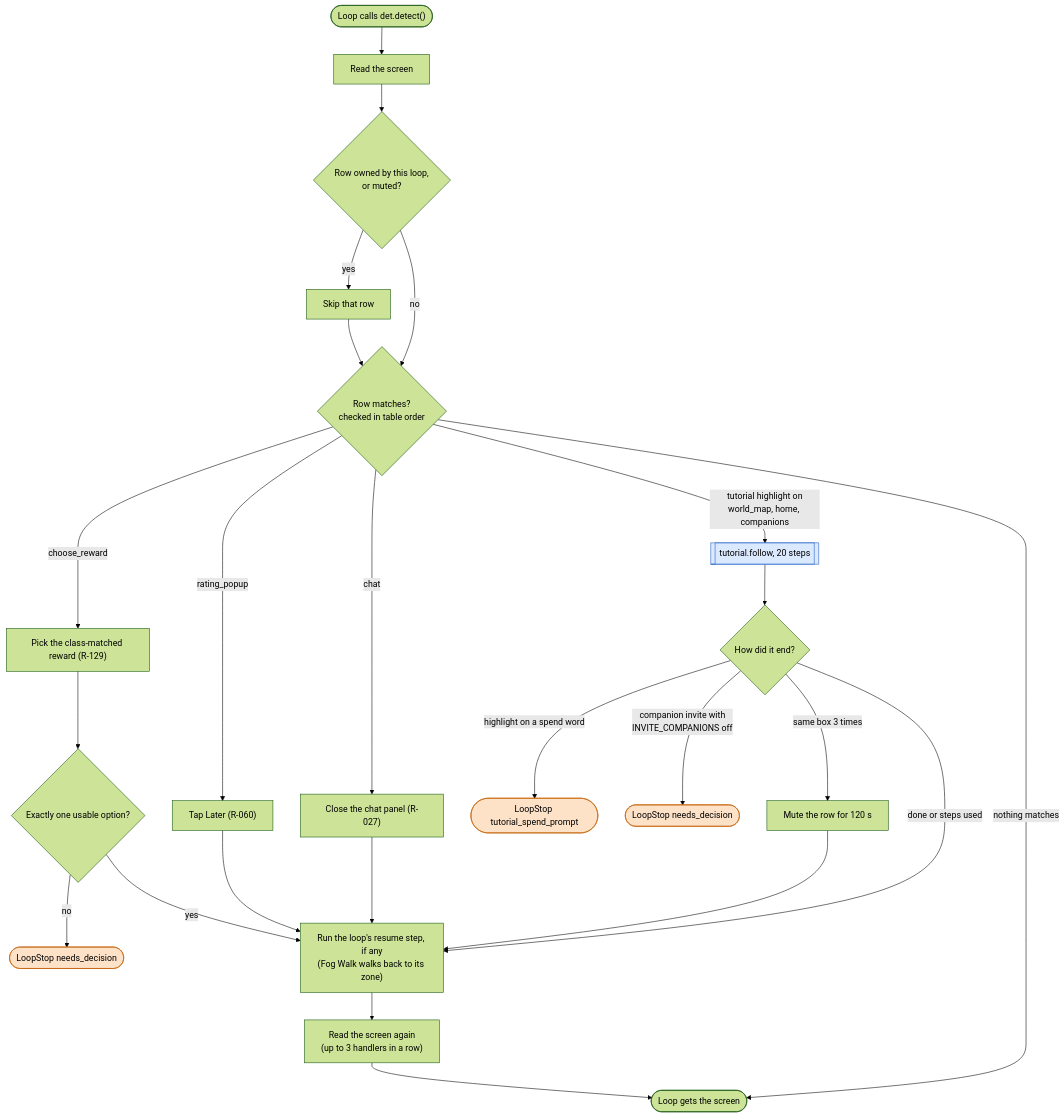
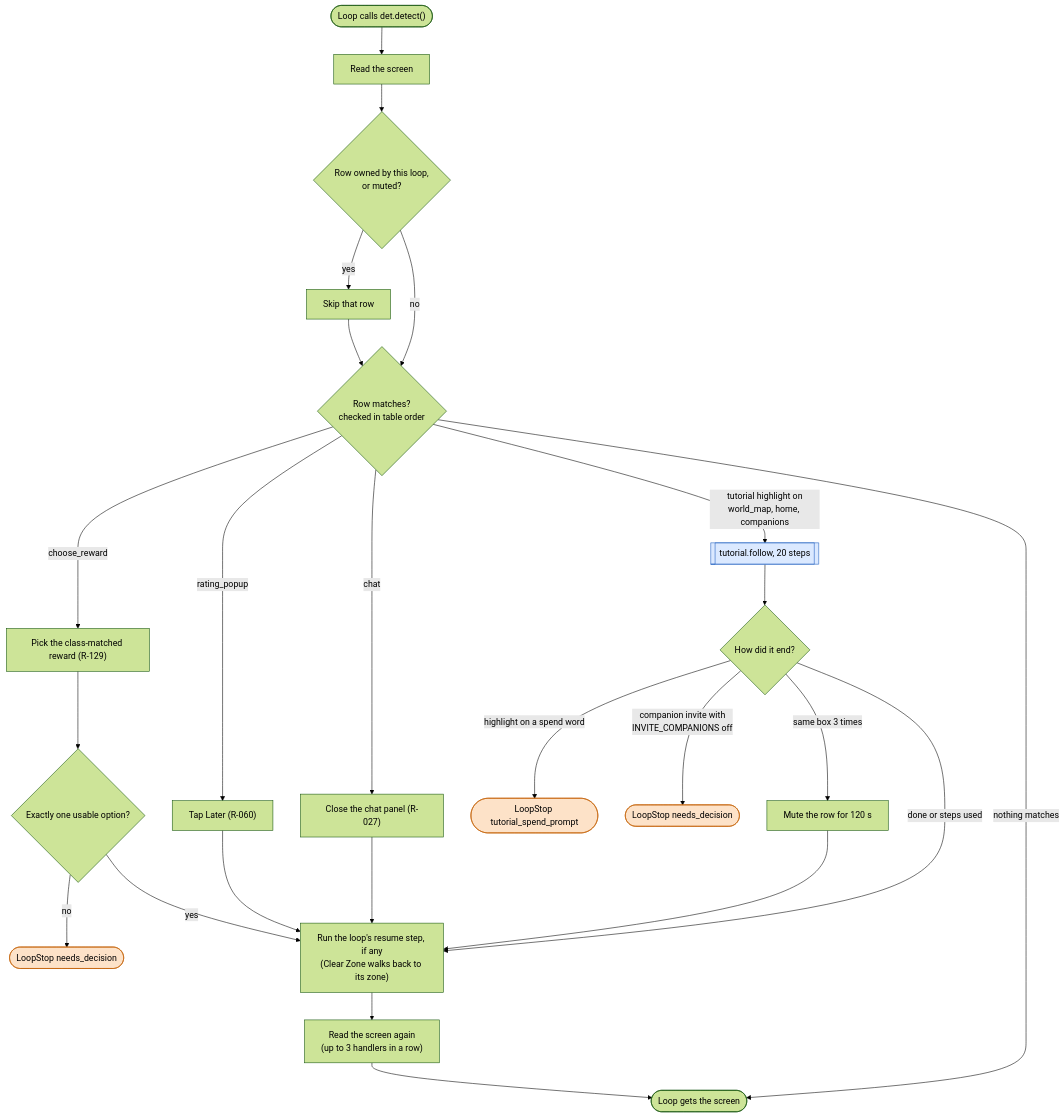
Before and after one commit to Sun-flow/sxs-agent: the second of 2 diagrams in docs/loops/runner.md, drawn with Mermaid (forest theme). The commit also changed other lines of this file and 35 other files, not shown here.

First line of the commit message:
Clear Zone replaces the Fog Walk: every leg toward a named objective

````diff
--- a/docs/loops/runner.md
+++ b/docs/loops/runner.md
@@ -50,27 +50,27 @@
 ```mermaid
 flowchart TD
     D(["Loop calls det.detect()"]) --> R["Read the screen"]
     R --> O{"Row owned by this loop,<br/>or muted?"}
     O -->|yes| N["Skip that row"]
     O -->|no| M{"Row matches?<br/>checked in table order"}
     M -->|"choose_reward"| CR["Pick the class-matched reward (R-129)"]
     CR --> CR2{"Exactly one usable option?"}
     CR2 -->|no| STOP1(["LoopStop needs_decision"])
     CR2 -->|yes| RES
     M -->|"rating_popup"| RP["Tap Later (R-060)"] --> RES
     M -->|"chat"| CH["Close the chat panel (R-027)"] --> RES
     M -->|"tutorial highlight on<br/>world_map, home, companions"| TU[["tutorial.follow, 20 steps"]]
     TU --> TU2{"How did it end?"}
     TU2 -->|"highlight on a spend word"| STOP2(["LoopStop tutorial_spend_prompt"])
     TU2 -->|"companion invite with<br/>INVITE_COMPANIONS off"| STOP3(["LoopStop needs_decision"])
     TU2 -->|"same box 3 times"| MUTE["Mute the row for 120 s"] --> RES
     TU2 -->|"done or steps used"| RES
     M -->|"nothing matches"| BACK(["Loop gets the screen"])
     N --> M
-    RES["Run the loop's resume step, if any<br/>(Fog Walk walks back to its zone)"] --> AG["Read the screen again<br/>(up to 3 handlers in a row)"]
+    RES["Run the loop's resume step, if any<br/>(Clear Zone walks back to its zone)"] --> AG["Read the screen again<br/>(up to 3 handlers in a row)"]
     AG --> BACK
     classDef look fill:#fde2c8,stroke:#c25e00,color:#000
     classDef sub fill:#dbe9ff,stroke:#1f5fbf,color:#000
     class STOP1,STOP2,STOP3 look
     class TU sub
 ```
````
